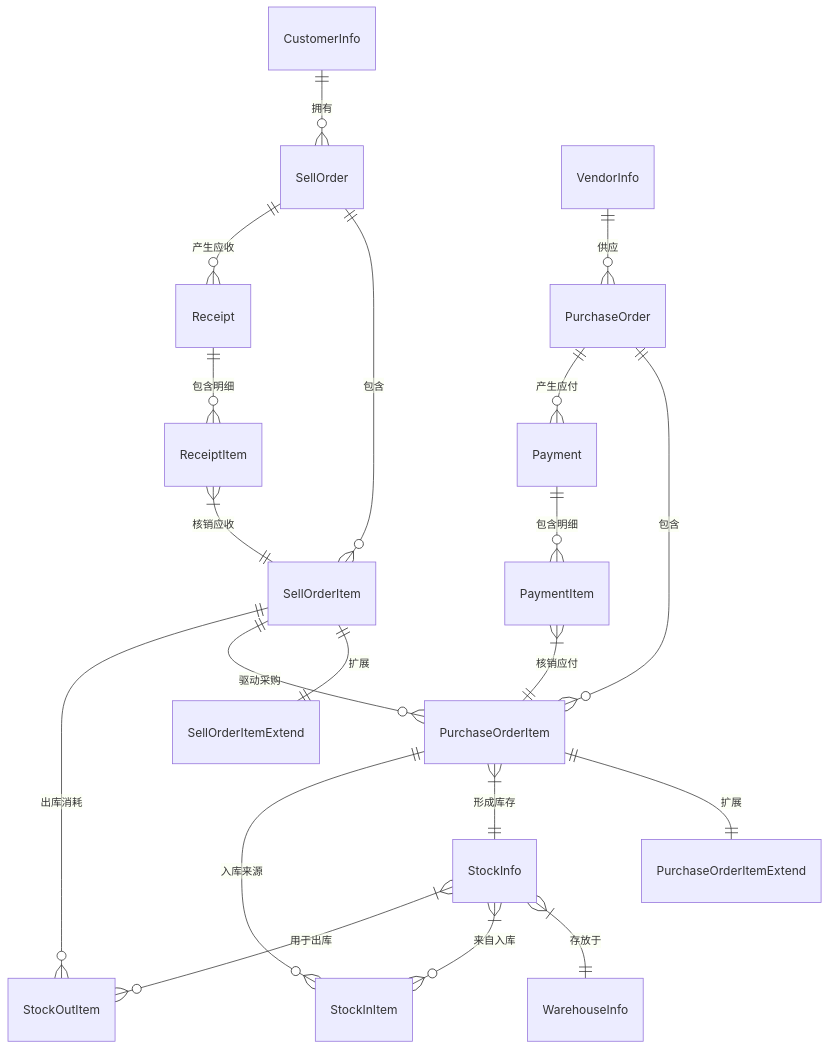
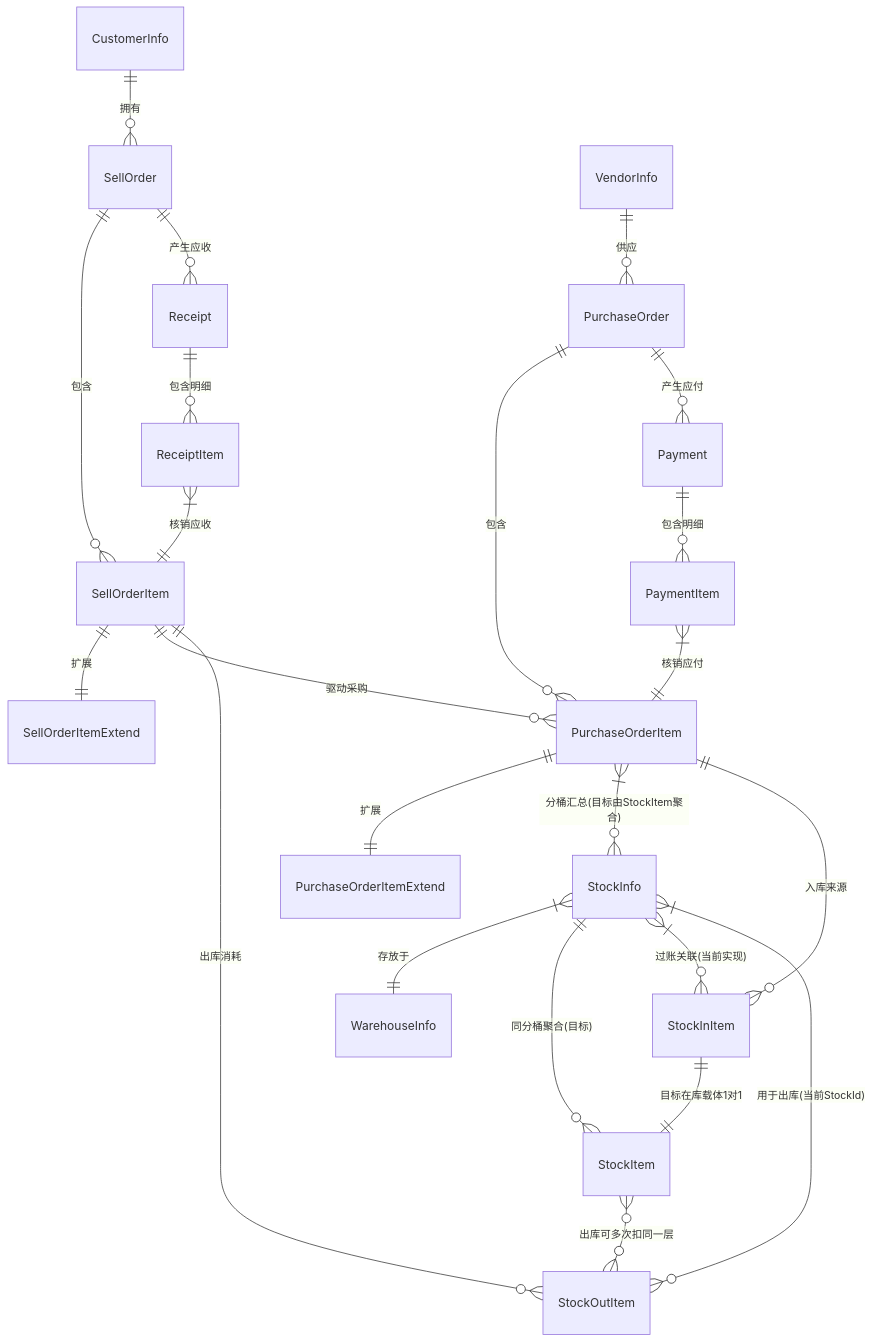
One commit to frontflag/FrontCRM_CSharp changed the fifth of 5 diagrams in document/System/业务逻辑与数据关系文档.md. Above: the diagram before and after it, drawn with Mermaid. The commit also changed other lines of this file and 7 other files, not shown here.

````diff
--- a/document/System/业务逻辑与数据关系文档.md
+++ b/document/System/业务逻辑与数据关系文档.md
@@ -566,29 +577,32 @@
 ```mermaid
 erDiagram
     CustomerInfo ||--o{ SellOrder : "拥有"
     SellOrder ||--o{ SellOrderItem : "包含"
     SellOrderItem ||--|| SellOrderItemExtend : "扩展"
     
     VendorInfo ||--o{ PurchaseOrder : "供应"
     PurchaseOrder ||--o{ PurchaseOrderItem : "包含"
     PurchaseOrderItem ||--|| PurchaseOrderItemExtend : "扩展"
     
     SellOrderItem ||--o{ PurchaseOrderItem : "驱动采购"
-    PurchaseOrderItem }|--|| StockInfo : "形成库存"
+    PurchaseOrderItem }|--o{ StockInfo : "分桶汇总(目标由StockItem聚合)"
     
     StockInfo }|--|| WarehouseInfo : "存放于"
-    StockInfo }|--o{ StockInItem : "来自入库"
-    StockInfo }|--o{ StockOutItem : "用于出库"
+    StockInItem ||--|| StockItem : "目标在库载体1对1"
+    StockItem }o--o{ StockOutItem : "出库可多次扣同一层"
+    StockInfo ||--o{ StockItem : "同分桶聚合(目标)"
+    StockInfo }|--o{ StockInItem : "过账关联(当前实现)"
+    StockInfo }|--o{ StockOutItem : "用于出库(当前StockId)"
     
     SellOrderItem ||--o{ StockOutItem : "出库消耗"
     PurchaseOrderItem ||--o{ StockInItem : "入库来源"
     
     SellOrder ||--o{ Receipt : "产生应收"
     PurchaseOrder ||--o{ Payment : "产生应付"
     
     Receipt ||--o{ ReceiptItem : "包含明细"
     Payment ||--o{ PaymentItem : "包含明细"
     
     ReceiptItem }|--|| SellOrderItem : "核销应收"
     PaymentItem }|--|| PurchaseOrderItem : "核销应付"
 ```
````
